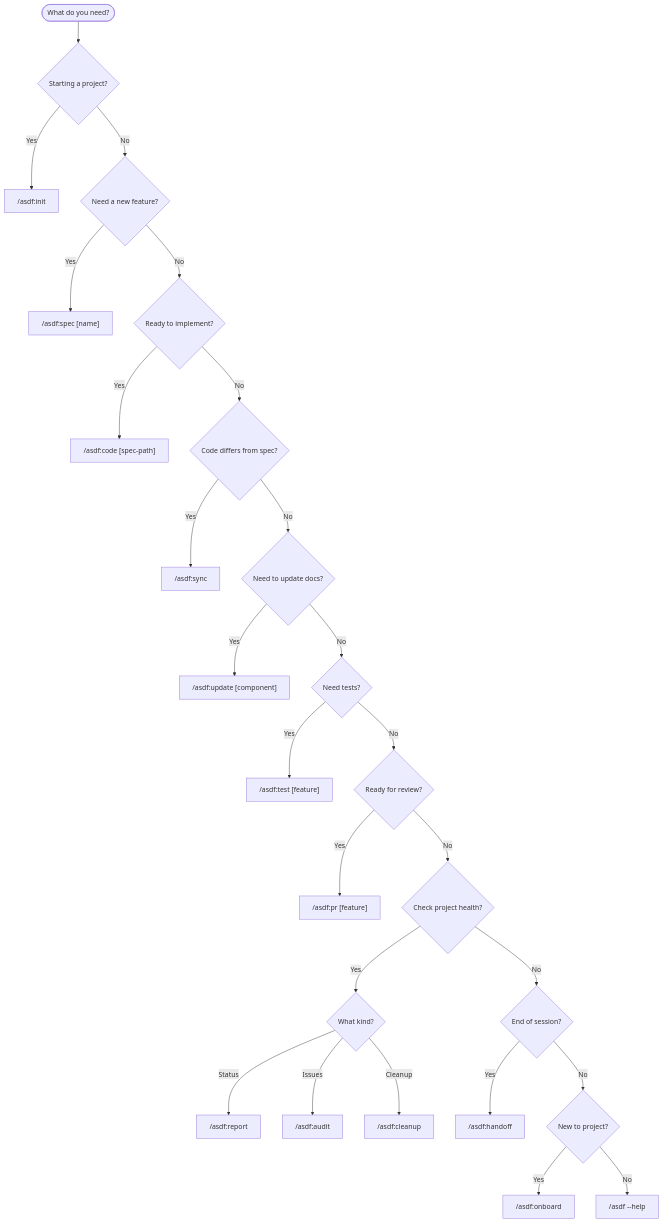
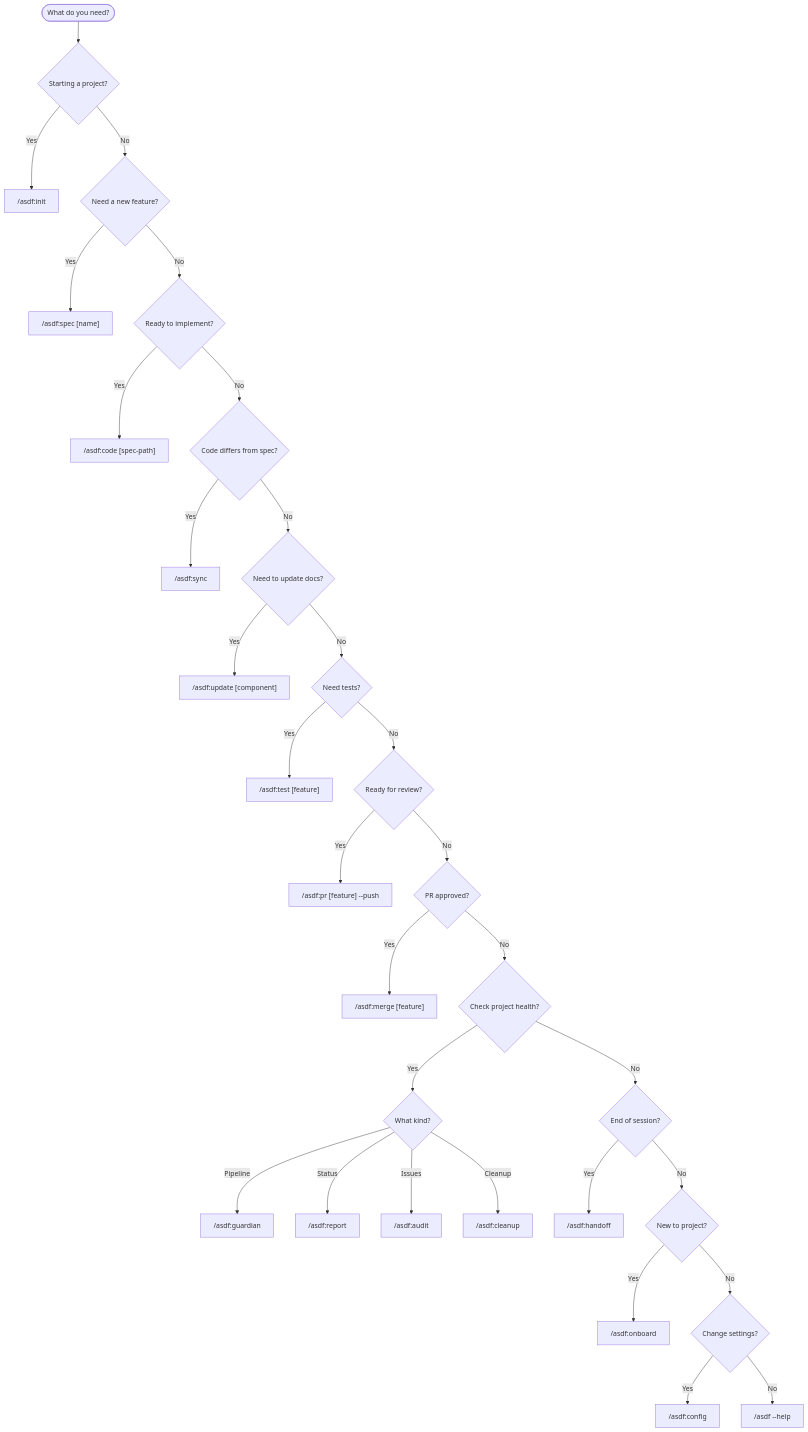
The first of 2 diagrams in astraler-sdlc/asdf-framework/case-studies/diagrams/command-flow.md (hoangtrung1801/claudekit-engineer), drawn with Mermaid before and after one commit. The commit also changed other lines of this file and 20 other files, not shown here.

Commit message:
feat: Introduce `merge`, `config`, `guardian`, and `version` commands, update command flows, agent definitions, and case studies for enhanced Git and pipeline workflows.

````diff
--- a/astraler-sdlc/asdf-framework/case-studies/diagrams/command-flow.md
+++ b/astraler-sdlc/asdf-framework/case-studies/diagrams/command-flow.md
@@ -9,38 +9,45 @@
 ```mermaid
 flowchart TD
     Start([What do you need?]) --> Q1{Starting a project?}
 
     Q1 -->|Yes| Init["/asdf:init"]
     Q1 -->|No| Q2{Need a new feature?}
 
     Q2 -->|Yes| Spec["/asdf:spec [name]"]
     Q2 -->|No| Q3{Ready to implement?}
 
     Q3 -->|Yes| Code["/asdf:code [spec-path]"]
     Q3 -->|No| Q4{Code differs from spec?}
 
     Q4 -->|Yes| Sync["/asdf:sync"]
     Q4 -->|No| Q5{Need to update docs?}
 
     Q5 -->|Yes| Update["/asdf:update [component]"]
     Q5 -->|No| Q6{Need tests?}
 
     Q6 -->|Yes| Test["/asdf:test [feature]"]
     Q6 -->|No| Q7{Ready for review?}
 
-    Q7 -->|Yes| PR["/asdf:pr [feature]"]
-    Q7 -->|No| Q8{Check project health?}
+    Q7 -->|Yes| PR["/asdf:pr [feature] --push"]
+    Q7 -->|No| Q8{PR approved?}
 
-    Q8 -->|Yes| Q8a{What kind?}
-    Q8a -->|Status| Report["/asdf:report"]
-    Q8a -->|Issues| Audit["/asdf:audit"]
-    Q8a -->|Cleanup| Cleanup["/asdf:cleanup"]
+    Q8 -->|Yes| Merge["/asdf:merge [feature]"]
+    Q8 -->|No| Q9{Check project health?}
 
-    Q8 -->|No| Q9{End of session?}
+    Q9 -->|Yes| Q9a{What kind?}
+    Q9a -->|Pipeline| Guardian["/asdf:guardian"]
+    Q9a -->|Status| Report["/asdf:report"]
+    Q9a -->|Issues| Audit["/asdf:audit"]
+    Q9a -->|Cleanup| Cleanup["/asdf:cleanup"]
 
-    Q9 -->|Yes| Handoff["/asdf:handoff"]
-    Q9 -->|No| Q10{New to project?}
+    Q9 -->|No| Q10{End of session?}
 
-    Q10 -->|Yes| Onboard["/asdf:onboard"]
-    Q10 -->|No| Help["/asdf --help"]
+    Q10 -->|Yes| Handoff["/asdf:handoff"]
+    Q10 -->|No| Q11{New to project?}
+
+    Q11 -->|Yes| Onboard["/asdf:onboard"]
+    Q11 -->|No| Q12{Change settings?}
+
+    Q12 -->|Yes| Config["/asdf:config"]
+    Q12 -->|No| Help["/asdf --help"]
 ```
````
